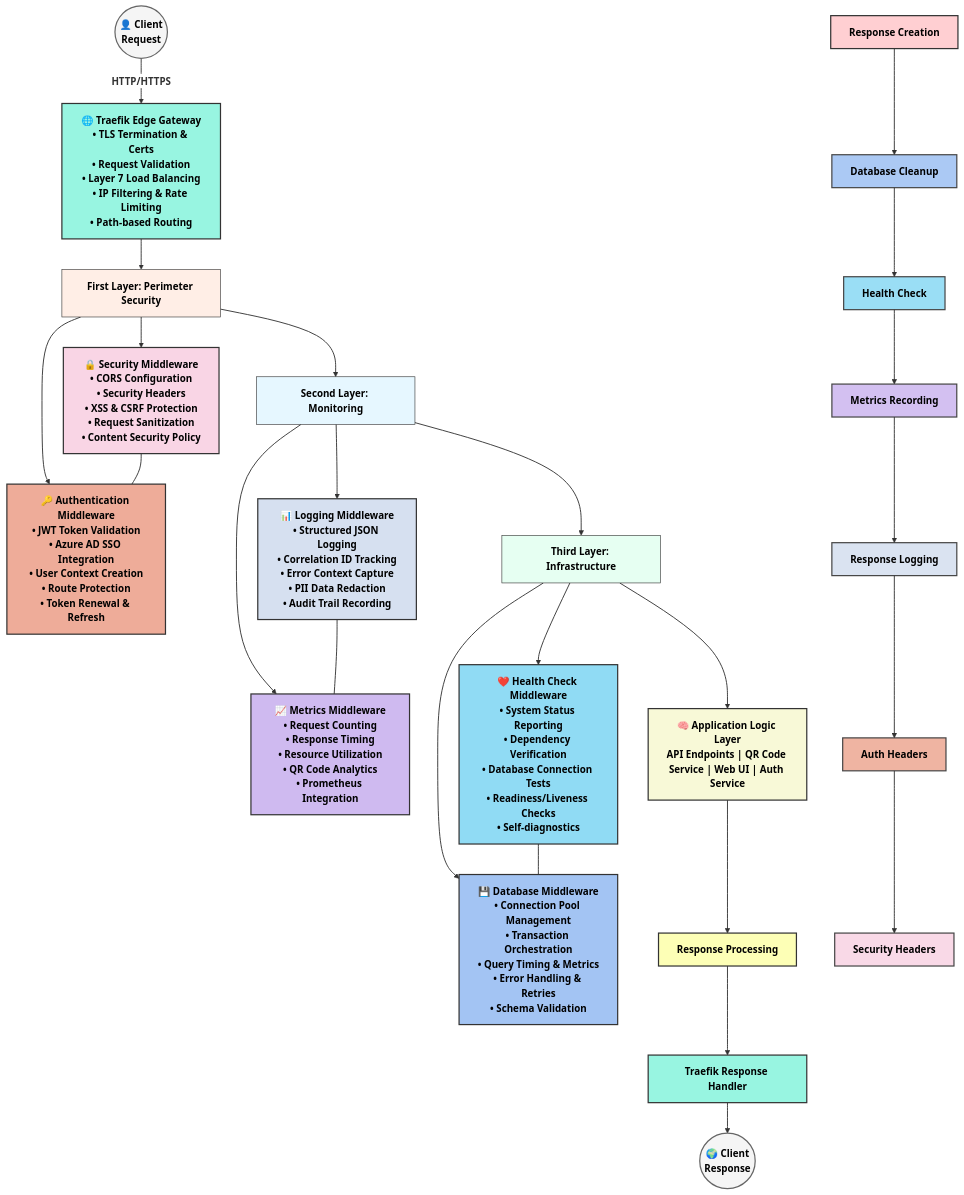
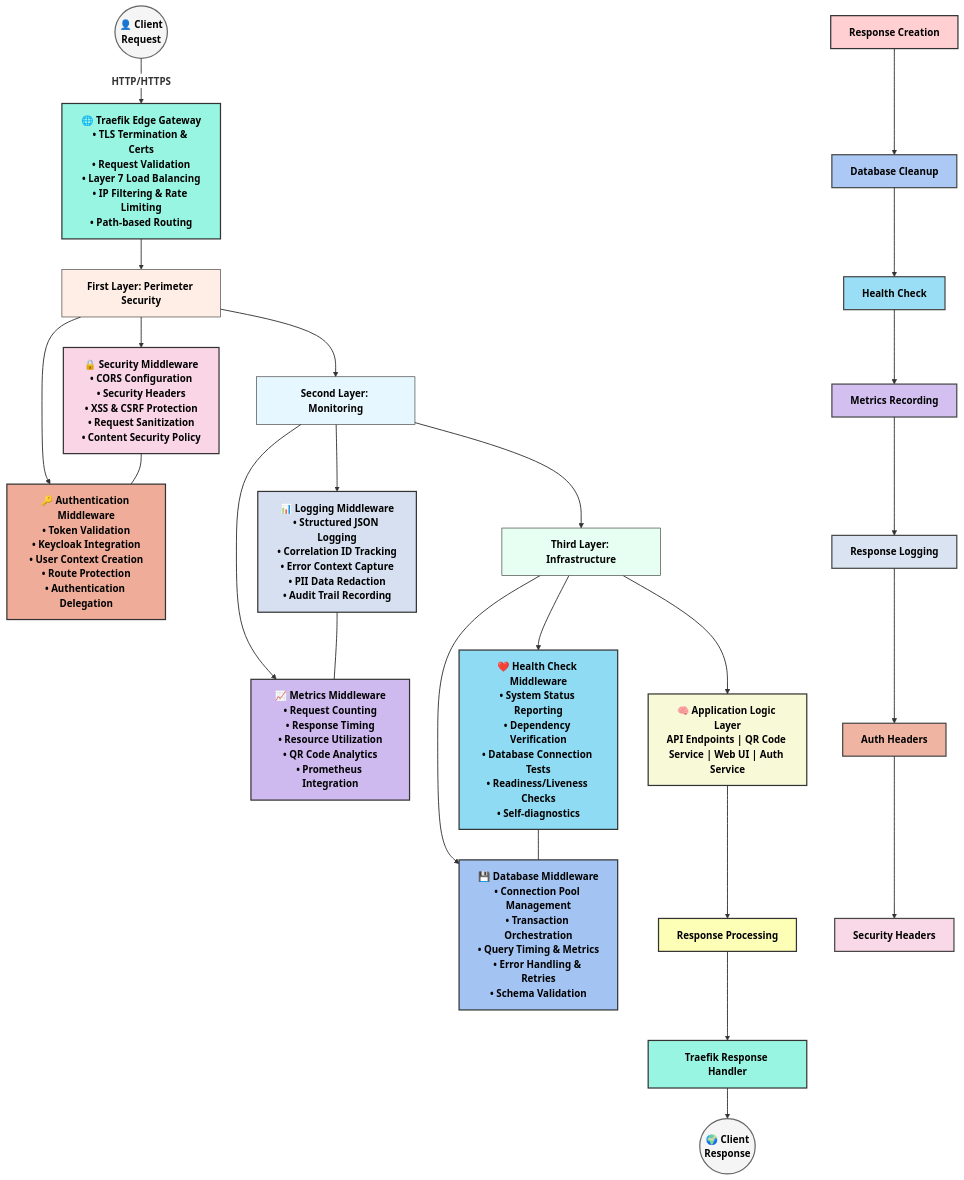
Before and after one commit to gsinghjay/mvp_qr_gen: the fourth of 10 diagrams in STORY.md, drawn with Mermaid (neutral theme). The commit also changed other lines of this file, not shown here.

Commit message:
docs: update system documentation to include Keycloak migration

```diff
--- a/STORY.md
+++ b/STORY.md
@@ -128,7 +140,7 @@
     
     SecurityRow["First Layer: Perimeter Security"]
     Security["🔒 Security Middleware<br>• CORS Configuration<br>• Security Headers<br>• XSS & CSRF Protection<br>• Request Sanitization<br>• Content Security Policy"]
-    Auth["🔑 Authentication Middleware<br>• JWT Token Validation<br>• Azure AD SSO Integration<br>• User Context Creation<br>• Route Protection<br>• Token Renewal & Refresh"]
+    Auth["🔑 Authentication Middleware<br>• Token Validation<br>• Keycloak Integration<br>• User Context Creation<br>• Route Protection<br>• Authentication Delegation"]
     
     MonitoringRow["Second Layer: Monitoring"]
     Logging["📊 Logging Middleware<br>• Structured JSON Logging<br>• Correlation ID Tracking<br>• Error Context Capture<br>• PII Data Redaction<br>• Audit Trail Recording"]
```
